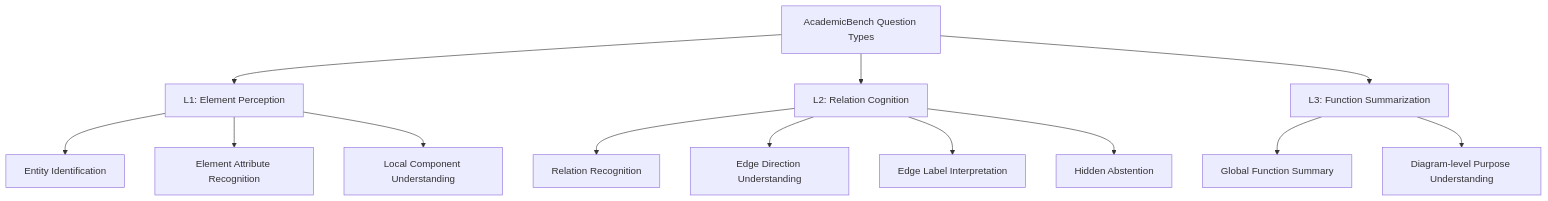
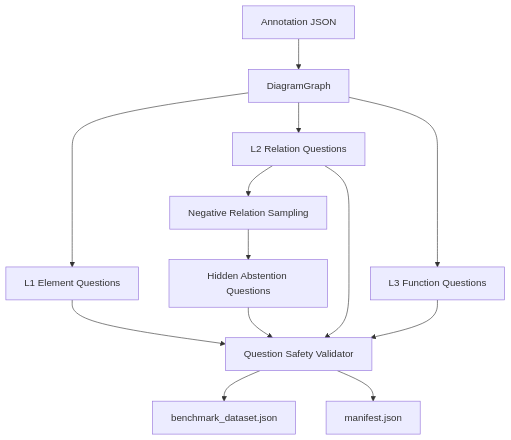
One commit to PeilinJia/AcademicBench changed the second of 3 diagrams in README.md. Above: the diagram before and after it, drawn with Mermaid. The commit also changed other lines of this file, not shown here.

````diff
--- a/README.md
+++ b/README.md
@@ -114,18 +149,15 @@
 ```mermaid
-flowchart TB
-    T[AcademicBench Question Types] --> L1[L1: Element Perception]
-    T --> L2[L2: Relation Cognition]
-    T --> L3[L3: Function Summarization]
-
-    L1 --> L1A[Entity Identification]
-    L1 --> L1B[Element Attribute Recognition]
-    L1 --> L1C[Local Component Understanding]
-
-    L2 --> L2A[Relation Recognition]
-    L2 --> L2B[Edge Direction Understanding]
-    L2 --> L2C[Edge Label Interpretation]
-    L2 --> L2D[Hidden Abstention]
-
-    L3 --> L3A[Global Function Summary]
-    L3 --> L3B[Diagram-level Purpose Understanding]
+flowchart TD
+    A[Annotation JSON] --> B[DiagramGraph]
+    B --> C[L1 Element Questions]
+    B --> D[L2 Relation Questions]
+    B --> E[L3 Function Questions]
+    D --> F[Negative Relation Sampling]
+    F --> G[Hidden Abstention Questions]
+    C --> H[Question Safety Validator]
+    D --> H
+    E --> H
+    G --> H
+    H --> I[benchmark_dataset.json]
+    H --> J[manifest.json]
 ```
````
